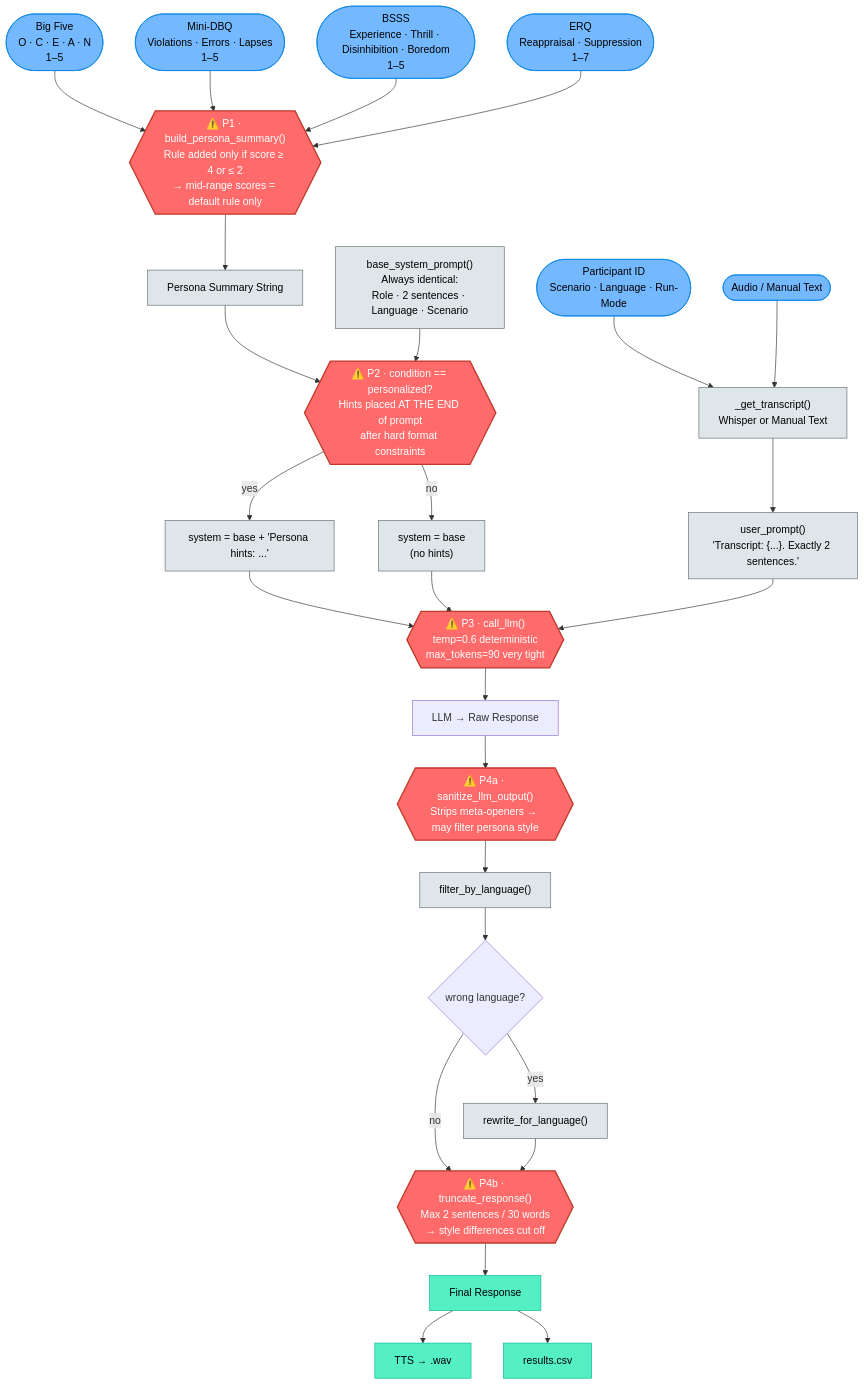
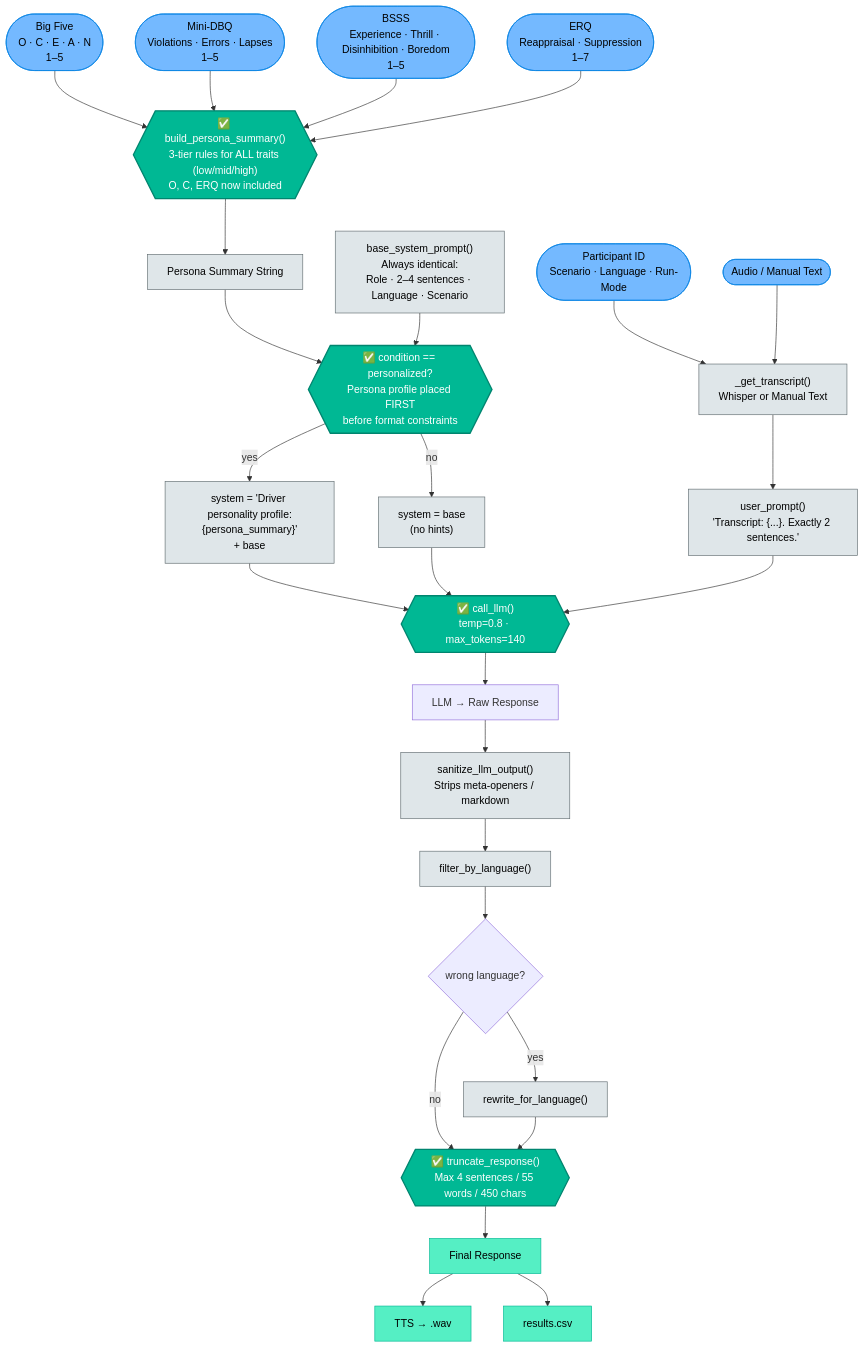
The diagram in README.md (ecestnrkl/sensai), drawn with Mermaid before and after one commit. The commit also changed 7 other files, not shown here.

First line of the commit message:
Refactor persona handling and response generation

````diff
--- a/README.md
+++ b/README.md
@@ -79,67 +79,67 @@
 ```mermaid
 flowchart TD
     A1([Participant ID\nScenario · Language · Run-Mode])
     A2([Big Five\nO · C · E · A · N\n1–5])
     A3([Mini-DBQ\nViolations · Errors · Lapses\n1–5])
     A4([BSSS\nExperience · Thrill · Disinhibition · Boredom\n1–5])
     A5([ERQ\nReappraisal · Suppression\n1–7])
     A6([Audio / Manual Text])
 
     B1["_get_transcript()\nWhisper or Manual Text"]
 
-    C1{{"⚠️ P1 · build_persona_summary()\nRule added only if score ≥ 4 or ≤ 2\n→ mid-range scores = default rule only"}}
+    C1{{"✅ build_persona_summary()\n3-tier rules for ALL traits (low/mid/high)\nO, C, ERQ now included"}}
     C2["Persona Summary String"]
 
-    D1["base_system_prompt()\nAlways identical:\nRole · 2 sentences · Language · Scenario"]
+    D1["base_system_prompt()\nAlways identical:\nRole · 2–4 sentences · Language · Scenario"]
 
-    D2{{"⚠️ P2 · condition == personalized?\nHints placed AT THE END of prompt\nafter hard format constraints"}}
+    D2{{"✅ condition == personalized?\nPersona profile placed FIRST\nbefore format constraints"}}
 
-    D3["system = base + 'Persona hints: ...'"]
+    D3["system = 'Driver personality profile:\n{persona_summary}'\n+ base"]
     D4["system = base\n(no hints)"]
     D5["user_prompt()\n'Transcript: {...}. Exactly 2 sentences.'"]
 
-    E1{{"⚠️ P3 · call_llm()\ntemp=0.6 deterministic\nmax_tokens=90 very tight"}}
+    E1{{"✅ call_llm()\ntemp=0.8 · max_tokens=140"}}
     E2["LLM → Raw Response"]
 
-    F1{{"⚠️ P4a · sanitize_llm_output()\nStrips meta-openers → may filter persona style"}}
+    F1["sanitize_llm_output()\nStrips meta-openers / markdown"]
     F2["filter_by_language()"]
     F3{"wrong language?"}
     F4["rewrite_for_language()"]
-    F5{{"⚠️ P4b · truncate_response()\nMax 2 sentences / 30 words\n→ style differences cut off"}}
+    F5{{"✅ truncate_response()\nMax 4 sentences / 55 words / 450 chars"}}
 
     G1["Final Response"]
     G2["TTS → .wav"]
     G3["results.csv"]
 
     A1 --> B1
     A6 --> B1
     A2 & A3 & A4 & A5 --> C1
     B1 --> D5
     C1 --> C2
     C2 --> D2
     D1 --> D2
     D2 -- "yes" --> D3
     D2 -- "no" --> D4
     D3 & D4 --> E1
     D5 --> E1
     E1 --> E2
     E2 --> F1
     F1 --> F2
     F2 --> F3
     F3 -- "yes" --> F4
     F3 -- "no" --> F5
     F4 --> F5
     F5 --> G1
     G1 --> G2
     G1 --> G3
 
-    classDef problem fill:#ff6b6b,color:#fff,stroke:#c0392b,stroke-width:2px
+    classDef fixed fill:#00b894,color:#fff,stroke:#00856f,stroke-width:2px
     classDef input fill:#74b9ff,color:#000,stroke:#0984e3,stroke-width:1px
     classDef process fill:#dfe6e9,color:#000,stroke:#636e72,stroke-width:1px
     classDef output fill:#55efc4,color:#000,stroke:#00b894,stroke-width:1px
 
-    class C1,D2,E1,F1,F5 problem
+    class C1,D2,E1,F5 fixed
     class A1,A2,A3,A4,A5,A6 input
-    class B1,C2,D1,D3,D4,D5,F2,F4 process
+    class B1,C2,D1,D3,D4,D5,F1,F2,F4 process
     class G1,G2,G3 output
 ```
````
